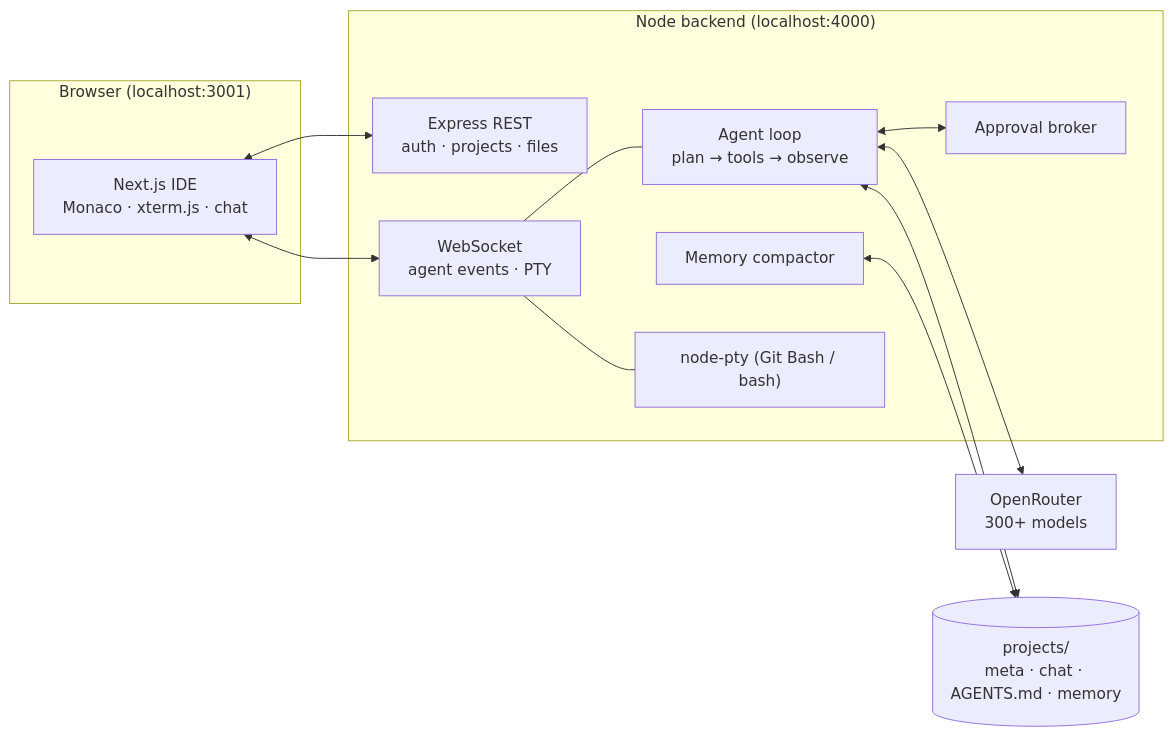
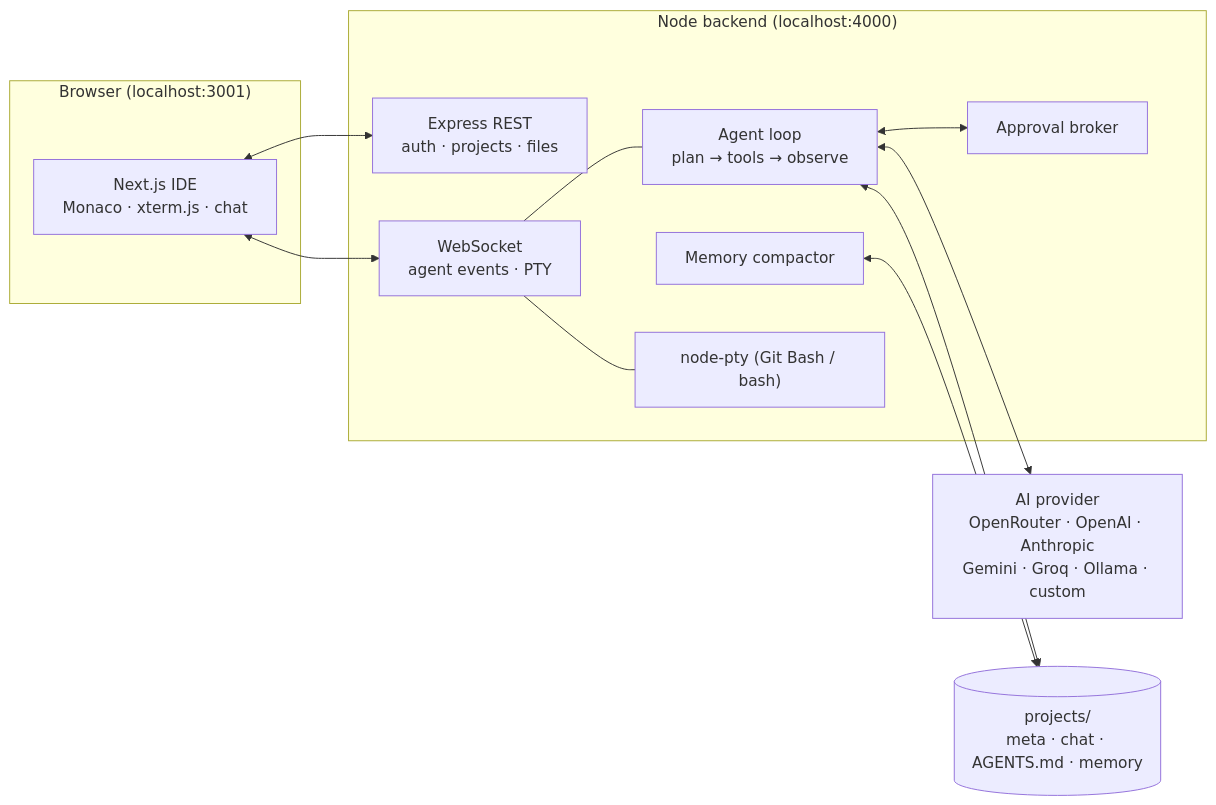
The diagram in README.md (mhathegreat/forge-code), drawn with Mermaid before and after one commit. The commit also changed other lines of this file and 11 other files, not shown here.

First line of the commit message:
Multi-provider support: bring any OpenAI-compatible AI backend

````diff
--- a/README.md
+++ b/README.md
@@ -101,25 +103,25 @@
 ```mermaid
 flowchart LR
     subgraph Browser["Browser (localhost:3001)"]
         UI["Next.js IDE<br/>Monaco · xterm.js · chat"]
     end
     subgraph Backend["Node backend (localhost:4000)"]
         API["Express REST<br/>auth · projects · files"]
         WS["WebSocket<br/>agent events · PTY"]
         AGENT["Agent loop<br/>plan → tools → observe"]
         BROKER["Approval broker"]
         MEM["Memory compactor"]
         PTY["node-pty (Git Bash / bash)"]
     end
-    OR["OpenRouter<br/>300+ models"]
+    OR["AI provider<br/>OpenRouter · OpenAI · Anthropic<br/>Gemini · Groq · Ollama · custom"]
     FS[("projects/<br/>meta · chat · AGENTS.md · memory")]
 
     UI <--> API
     UI <--> WS
     WS --- AGENT
     AGENT <--> BROKER
     AGENT <--> OR
     AGENT <--> FS
     MEM <--> FS
     WS --- PTY
 ```
````
